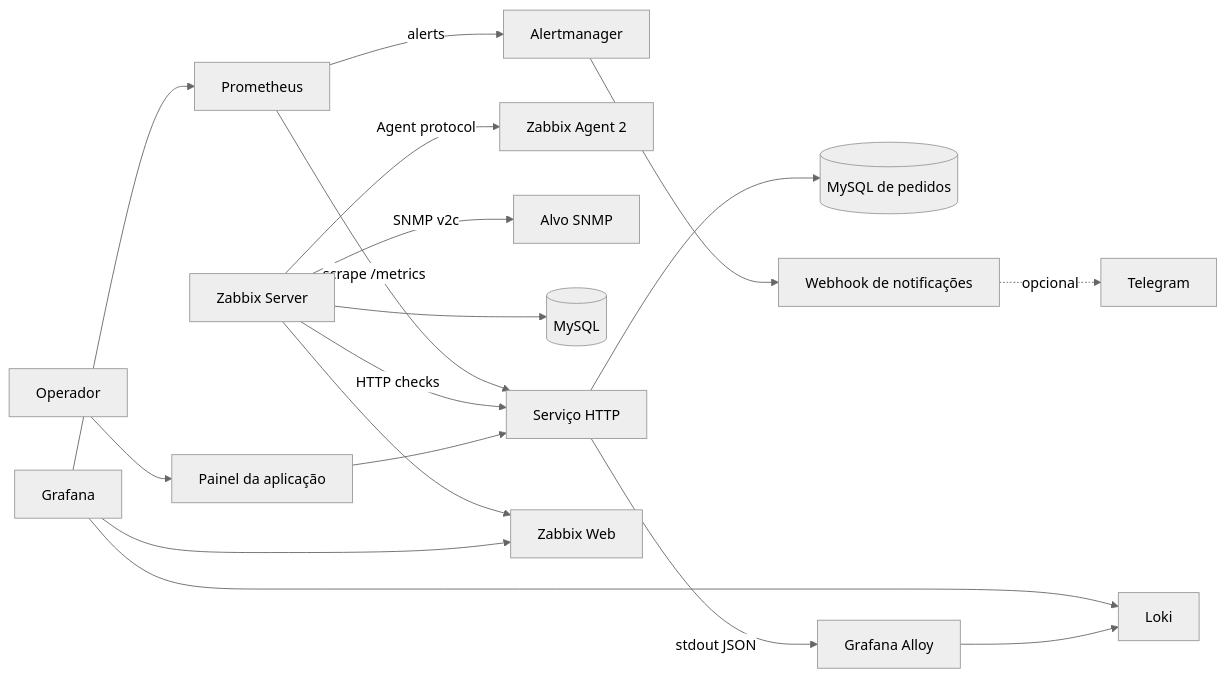
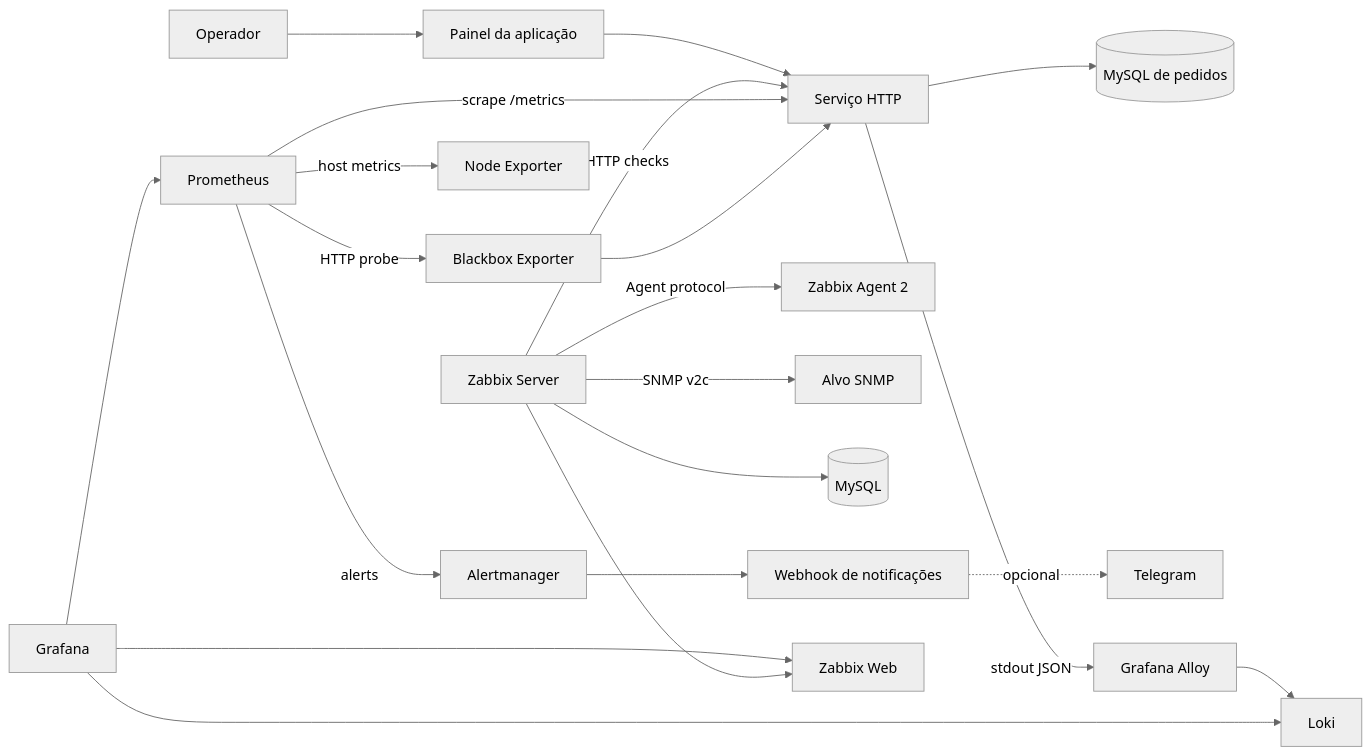
One commit to lipeinacio/observability-lab changed the diagram in README.md. Above: the diagram before and after it, drawn with Mermaid (neutral theme). The commit also changed other lines of this file and 9 other files, not shown here.

````diff
--- a/README.md
+++ b/README.md
@@ -28,20 +30,23 @@
 ```mermaid
 flowchart LR
     U[Operador] --> APP[Painel da aplicação]
     APP --> API[Serviço HTTP]
     API --> BDB[(MySQL de pedidos)]
     Z[Zabbix Server] -->|HTTP checks| API
     Z -->|Agent protocol| AG[Zabbix Agent 2]
     Z -->|SNMP v2c| SNMP[Alvo SNMP]
     Z --> DB[(MySQL)]
     P[Prometheus] -->|scrape /metrics| API
+    P -->|host metrics| NE[Node Exporter]
+    P -->|HTTP probe| BB[Blackbox Exporter]
+    BB --> API
     P -->|alerts| AM[Alertmanager]
     AM --> WH[Webhook de notificações]
     WH -.->|opcional| TG[Telegram]
     API -->|stdout JSON| A[Grafana Alloy]
     A --> L[Loki]
     G[Grafana] --> P
     G --> L
     G --> ZW[Zabbix API]
     Z --> ZW[Zabbix Web]
 ```
````
